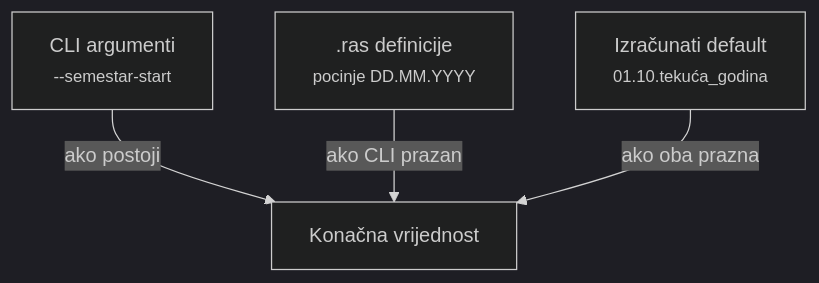
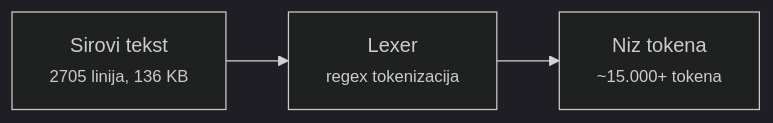
Before and after one commit to ezajko/tt2gwscal-sync: the first of 8 diagrams in discussion.md, drawn with Mermaid (dark theme). The commit also changed other lines of this file, not shown here.

````diff
--- a/discussion.md
+++ b/discussion.md
@@ -469,6 +235,5 @@
 ```mermaid
-graph TD
-    A["CLI argumenti<br/><small>--semestar-start</small>"] -->|"ako postoji"| D["Konačna vrijednost"]
-    B[".ras definicije<br/><small>pocinje DD.MM.YYYY</small>"] -->|"ako CLI prazan"| D
-    C["Izračunati default<br/><small>01.10.tekuća_godina</small>"] -->|"ako oba prazna"| D
+graph LR
+    A["Sirovi tekst<br/><small>2705 linija, 136 KB</small>"] --> B["Lexer<br/><small>regex tokenizacija</small>"]
+    B --> C["Niz tokena<br/><small>~15.000+ tokena</small>"]
 ```
````
